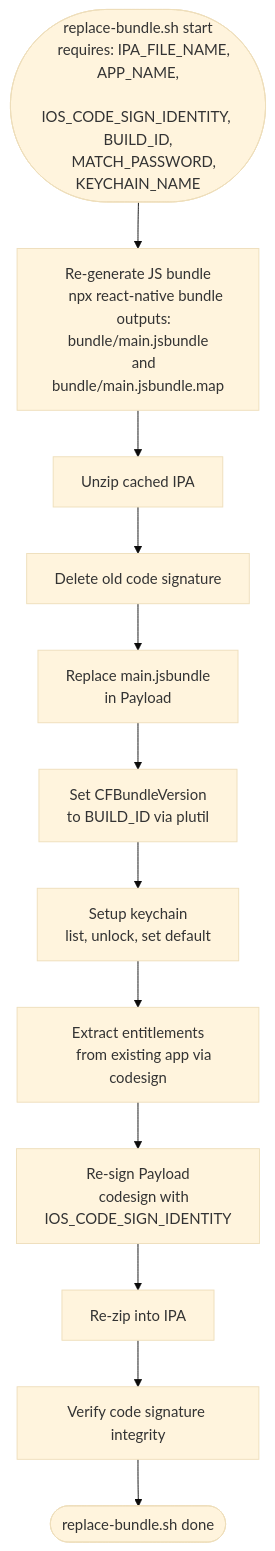
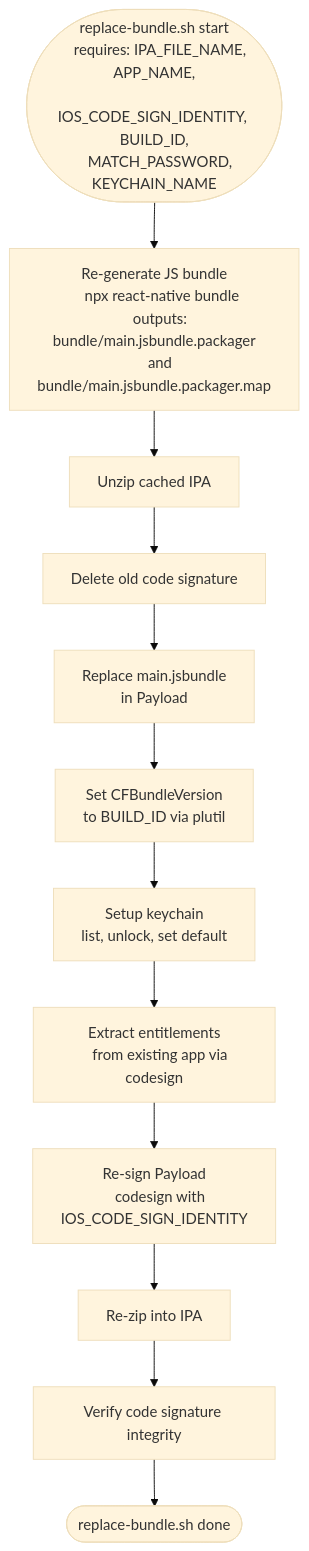
One commit to AtB-AS/mittatb-app changed the fourth of 7 diagrams in docs/ios-build-staging-graph.md. Above: the diagram before and after it, drawn with Mermaid (base theme). The commit also changed 4 other files, not shown here.

````diff
--- a/docs/ios-build-staging-graph.md
+++ b/docs/ios-build-staging-graph.md
@@ -203,37 +203,37 @@
 ```mermaid
 flowchart TD
     start(["replace-bundle.sh start
     requires: IPA_FILE_NAME, APP_NAME,
     IOS_CODE_SIGN_IDENTITY, BUILD_ID,
     MATCH_PASSWORD, KEYCHAIN_NAME"])
 
     start --> regen["Re-generate JS bundle
     npx react-native bundle
-    outputs: bundle/main.jsbundle
-    and bundle/main.jsbundle.map"]
+    outputs: bundle/main.jsbundle.packager
+    and bundle/main.jsbundle.packager.map"]
 
     regen --> unzip["Unzip cached IPA"]
 
     unzip --> del_sig["Delete old code signature"]
 
     del_sig --> replace["Replace main.jsbundle
     in Payload"]
 
     replace --> set_version["Set CFBundleVersion
     to BUILD_ID via plutil"]
 
     set_version --> keychain["Setup keychain
     list, unlock, set default"]
 
     keychain --> entitlements["Extract entitlements
     from existing app via codesign"]
 
     entitlements --> resign["Re-sign Payload
     codesign with IOS_CODE_SIGN_IDENTITY"]
 
     resign --> repack["Re-zip into IPA"]
 
     repack --> verify["Verify code signature integrity"]
 
     verify --> done(["replace-bundle.sh done"])
 ```
````
